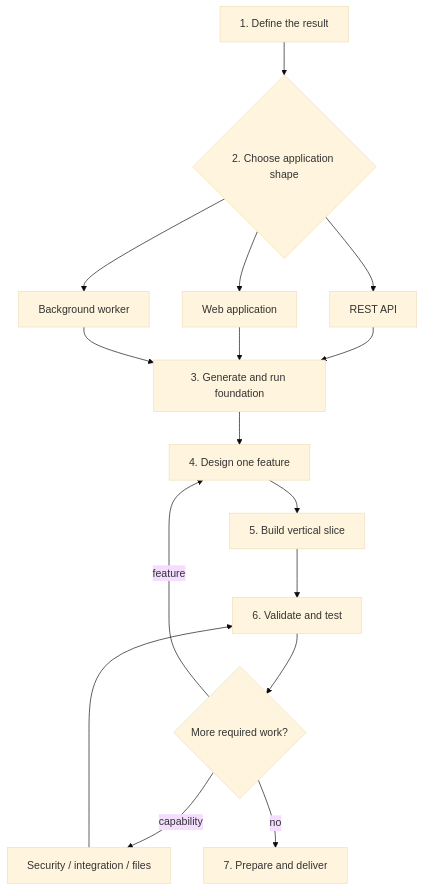
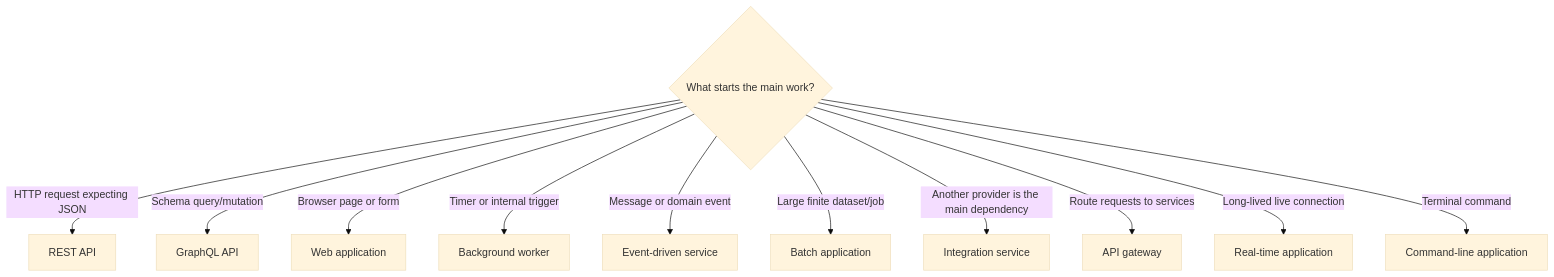
One commit to SidheshwarSarangal/spring-boot-project-blueprint changed the diagram in README.md. Above: the diagram before and after it, drawn with Mermaid (base theme). The commit also changed other lines of this file and 21 other files, not shown here.

````diff
--- a/README.md
+++ b/README.md
@@ -19,18 +26,14 @@
 ```mermaid
 flowchart TD
-    G1[1. Define the result] --> G2{2. Choose application shape}
-    G2 --> A[REST API]
-    G2 --> B[Web application]
-    G2 --> C[Background worker]
-    A --> G3[3. Generate and run foundation]
-    B --> G3
-    C --> G3
-    G3 --> G4[4. Design one feature]
-    G4 --> G5[5. Build vertical slice]
-    G5 --> G6[6. Validate and test]
-    G6 --> More{More required work?}
-    More -->|feature| G4
-    More -->|capability| Extra[Security / integration / files]
-    Extra --> G6
-    More -->|no| G7[7. Prepare and deliver]
+    Start{What starts the main work?}
+    Start -->|HTTP request expecting JSON| REST[REST API]
+    Start -->|Schema query/mutation| GRAPH[GraphQL API]
+    Start -->|Browser page or form| WEB[Web application]
+    Start -->|Timer or internal trigger| BG[Background worker]
+    Start -->|Message or domain event| EVENT[Event-driven service]
+    Start -->|Large finite dataset/job| BATCH[Batch application]
+    Start -->|Another provider is the main dependency| INT[Integration service]
+    Start -->|Route requests to services| GATE[API gateway]
+    Start -->|Long-lived live connection| RT[Real-time application]
+    Start -->|Terminal command| CLI[Command-line application]
 ```
````
